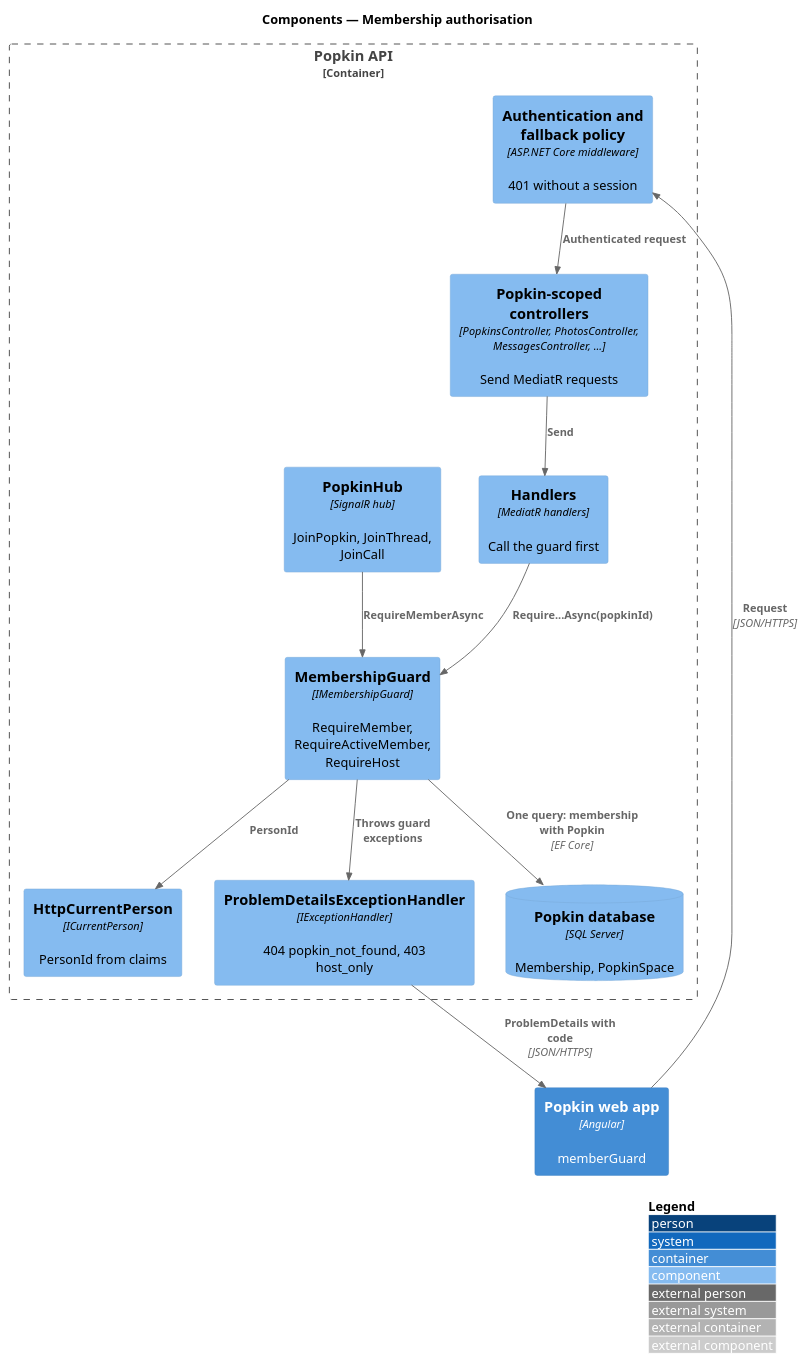
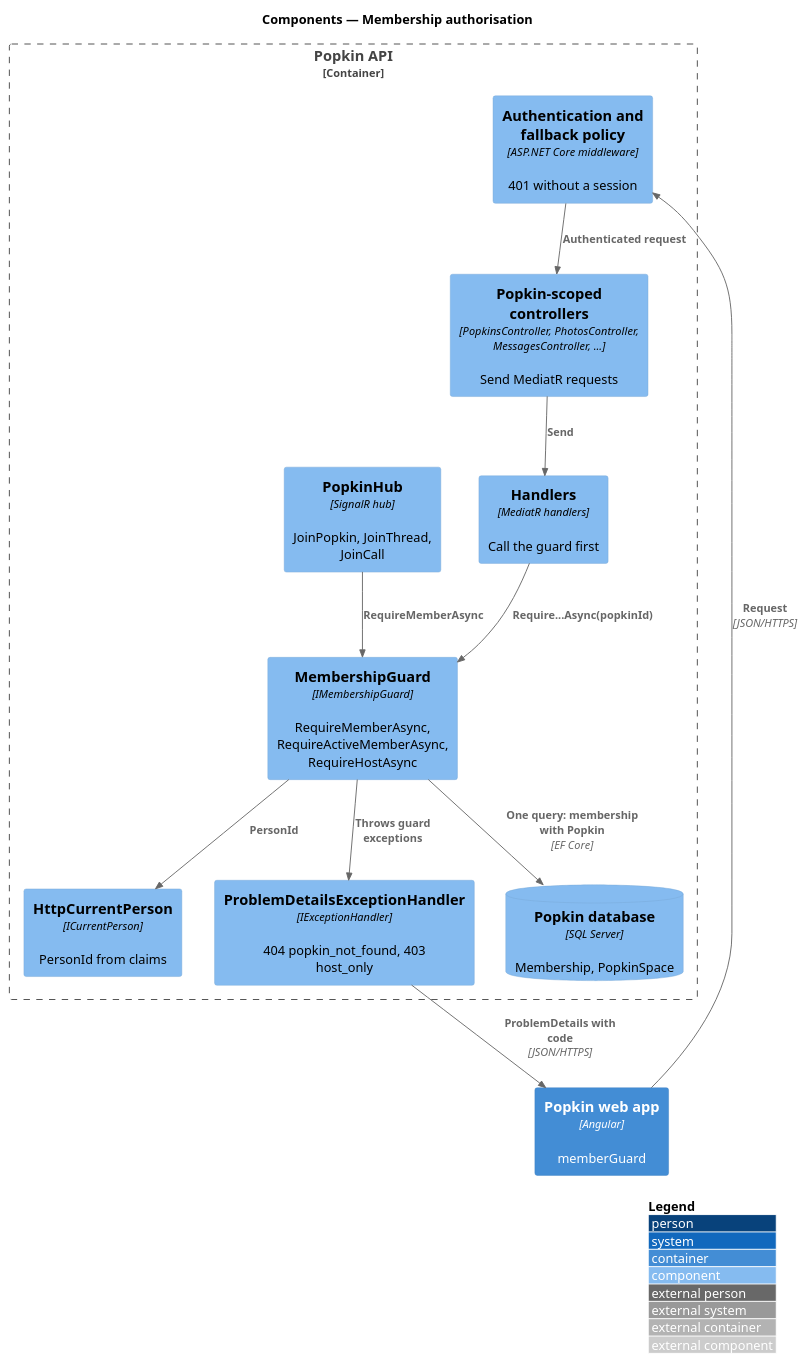
Before and after one commit to QuinntyneBrown/popkin: the diagram in docs/detailed-designs/security/membership-authorisation/diagrams/c4-component.puml, drawn with PlantUML. The commit also changed 46 other files, not shown here.

```diff
--- a/docs/detailed-designs/security/membership-authorisation/diagrams/c4-component.puml
+++ b/docs/detailed-designs/security/membership-authorisation/diagrams/c4-component.puml
@@ -1,26 +1,26 @@
 @startuml
 !include <C4/C4_Component>
 LAYOUT_WITH_LEGEND()
 title Components — Membership authorisation
 
 Container(spa, "Popkin web app", "Angular", "memberGuard")
 Container_Boundary(api, "Popkin API") {
   Component(auth, "Authentication and fallback policy", "ASP.NET Core middleware", "401 without a session")
   Component(ctrls, "Popkin-scoped controllers", "PopkinsController, PhotosController, MessagesController, ...", "Send MediatR requests")
   Component(hub, "PopkinHub", "SignalR hub", "JoinPopkin, JoinThread, JoinCall")
   Component(handlers, "Handlers", "MediatR handlers", "Call the guard first")
-  Component(guard, "MembershipGuard", "IMembershipGuard", "RequireMember, RequireActiveMember, RequireHost")
+  Component(guard, "MembershipGuard", "IMembershipGuard", "RequireMemberAsync, RequireActiveMemberAsync, RequireHostAsync")
   Component(current, "HttpCurrentPerson", "ICurrentPerson", "PersonId from claims")
   Component(errors, "ProblemDetailsExceptionHandler", "IExceptionHandler", "404 popkin_not_found, 403 host_only")
   ComponentDb(db, "Popkin database", "SQL Server", "Membership, PopkinSpace")
 }
 Rel(spa, auth, "Request", "JSON/HTTPS")
 Rel(auth, ctrls, "Authenticated request")
 Rel(ctrls, handlers, "Send")
 Rel(hub, guard, "RequireMemberAsync")
 Rel(handlers, guard, "Require...Async(popkinId)")
 Rel(guard, current, "PersonId")
 Rel(guard, db, "One query: membership with Popkin", "EF Core")
 Rel(guard, errors, "Throws guard exceptions")
 Rel(errors, spa, "ProblemDetails with code", "JSON/HTTPS")
 @enduml
```
